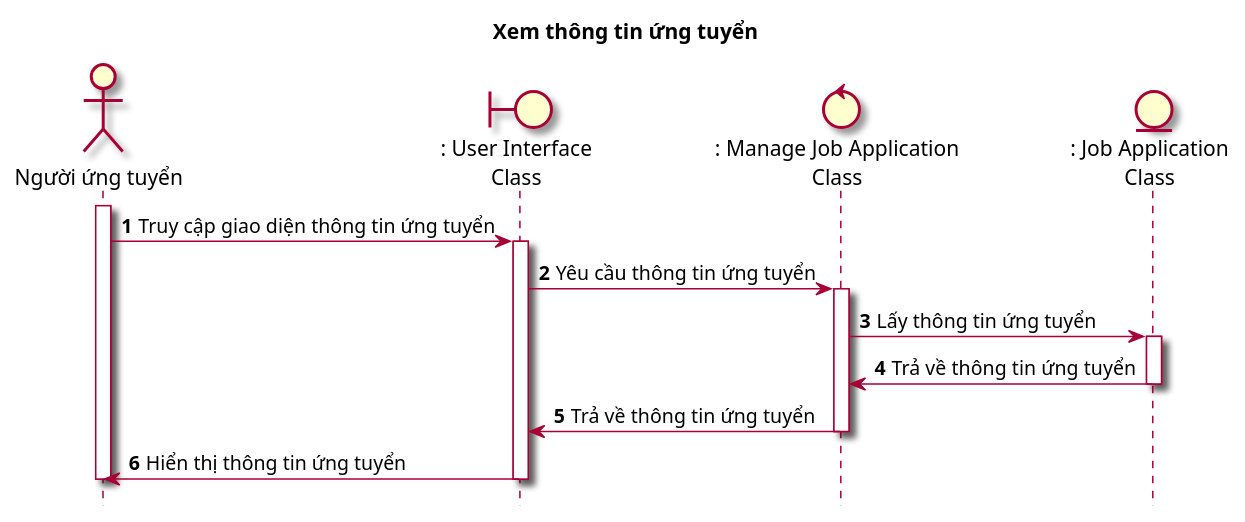
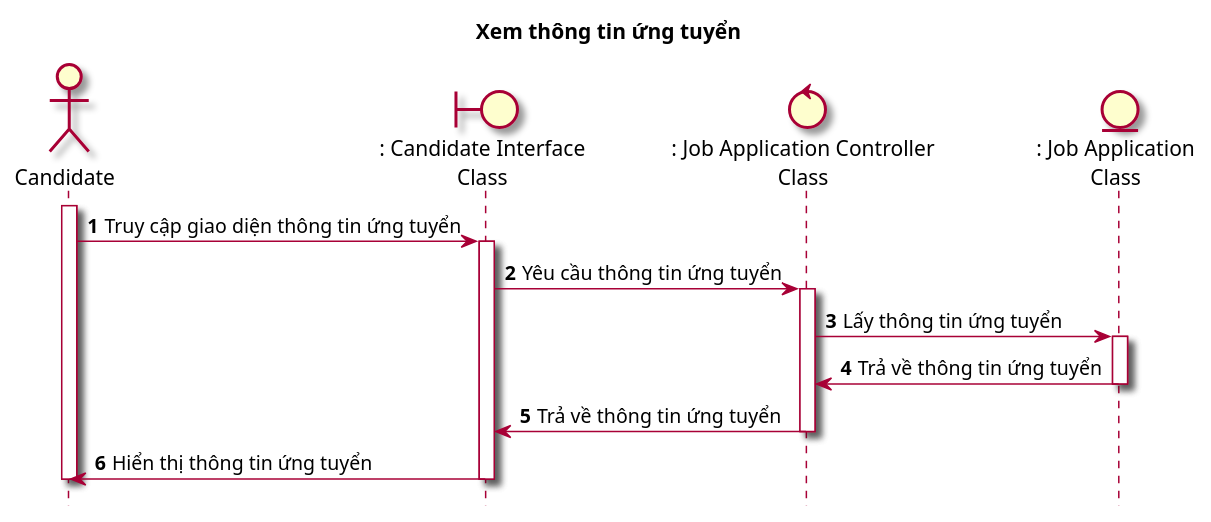
The diagram in Lab1/Lab 1.2 Diagram/Sequence/FilePUML/9.2. SeqXemThongTinUngTuyen.puml (Griselda4774/EAS-EmploymentAssistanceSystem), drawn with PlantUML before and after one commit. The commit also changed 14 other files, not shown here.

```diff
--- a/Lab1/Lab 1.2 Diagram/Sequence/FilePUML/9.2. SeqXemThongTinUngTuyen.puml
+++ b/Lab1/Lab 1.2 Diagram/Sequence/FilePUML/9.2. SeqXemThongTinUngTuyen.puml
@@ -1,21 +1,22 @@
 @startuml SeqXemThongTinUngTuyen
 
 skin rose
 hide footbox
 title Xem thông tin ứng tuyển
 
-actor "Người ứng tuyển" as nguoiUngTuyen
-boundary ": User Interface\nClass" as userInterface
-control ": Manage Job Application\nClass" as manageJobApplication
+actor Candidate as candidate
+boundary ": Candidate Interface\nClass" as candidateInterface
+control ": Job Application Controller\nClass" as jobApplicationController
 entity ": Job Application\nClass" as jobApplication
 
 autonumber
-nguoiUngTuyen++
-nguoiUngTuyen -> userInterface++: Truy cập giao diện thông tin ứng tuyển
-userInterface -> manageJobApplication++: Yêu cầu thông tin ứng tuyển
-manageJobApplication -> jobApplication++: Lấy thông tin ứng tuyển
-jobApplication -> manageJobApplication--: Trả về thông tin ứng tuyển
-manageJobApplication -> userInterface--: Trả về thông tin ứng tuyển
-userInterface -> nguoiUngTuyen--: Hiển thị thông tin ứng tuyển
-nguoiUngTuyen--
+candidate++
+candidate -> candidateInterface++: Truy cập giao diện thông tin ứng tuyển
+candidateInterface -> jobApplicationController++: Yêu cầu thông tin ứng tuyển
+jobApplicationController -> jobApplication++: Lấy thông tin ứng tuyển
+jobApplication -> jobApplicationController--: Trả về thông tin ứng tuyển
+jobApplicationController -> candidateInterface--: Trả về thông tin ứng tuyển
+candidateInterface -> candidate--: Hiển thị thông tin ứng tuyển
+candidate--
+
 @enduml
```
